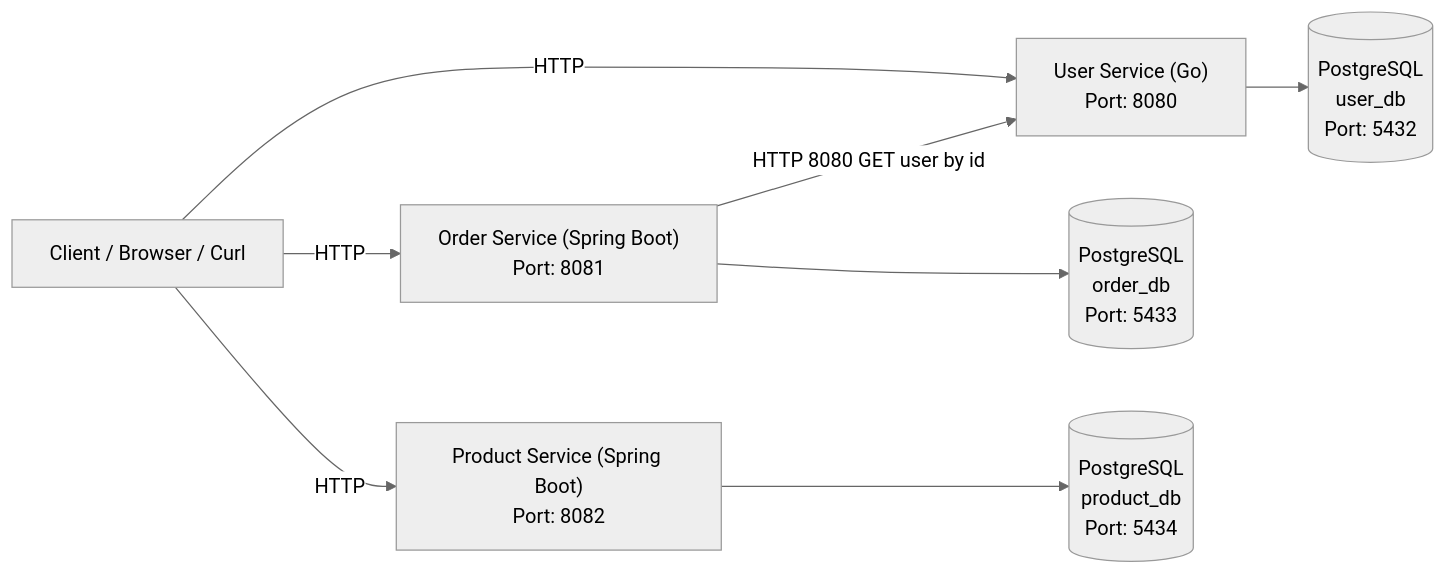
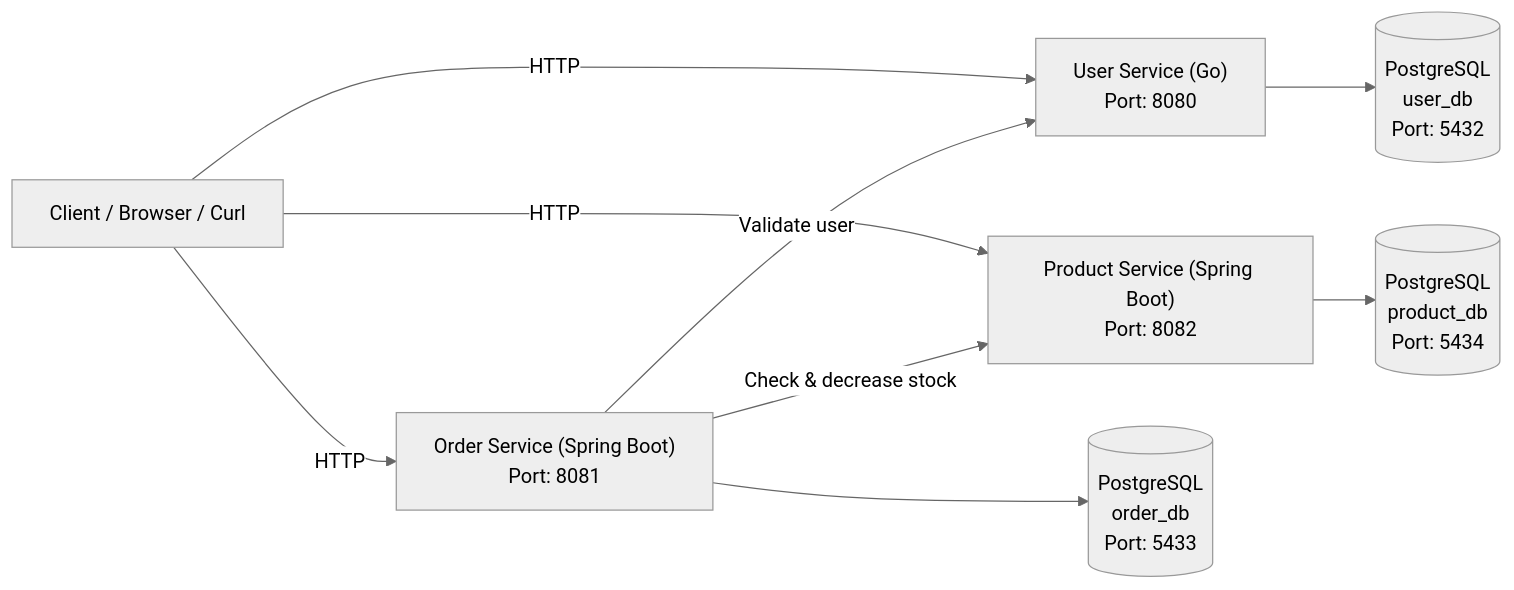
One commit to NT114-Q21-Specialized-Project/mini-ecommerce-microservices changed the diagram in README.md. Above: the diagram before and after it, drawn with Mermaid (neutral theme).

````diff
--- a/README.md
+++ b/README.md
@@ -23,22 +23,23 @@
 ```mermaid
 flowchart LR
     Client[Client / Browser / Curl]
 
     UserService["User Service (Go)<br/>Port: 8080"]
     OrderService["Order Service (Spring Boot)<br/>Port: 8081"]
     ProductService["Product Service (Spring Boot)<br/>Port: 8082"]
 
     UserDB[(PostgreSQL<br/>user_db<br/>Port: 5432)]
     OrderDB[(PostgreSQL<br/>order_db<br/>Port: 5433)]
     ProductDB[(PostgreSQL<br/>product_db<br/>Port: 5434)]
 
     Client -->|HTTP| UserService
     Client -->|HTTP| OrderService
     Client -->|HTTP| ProductService
 
-    OrderService -->|HTTP 8080 GET user by id| UserService
+    OrderService -->|Validate user| UserService
+    OrderService -->|Check & decrease stock| ProductService
 
     UserService --> UserDB
     OrderService --> OrderDB
     ProductService --> ProductDB
 ```
````
